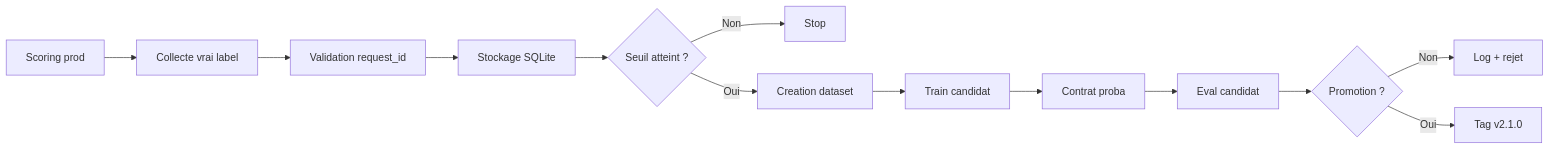
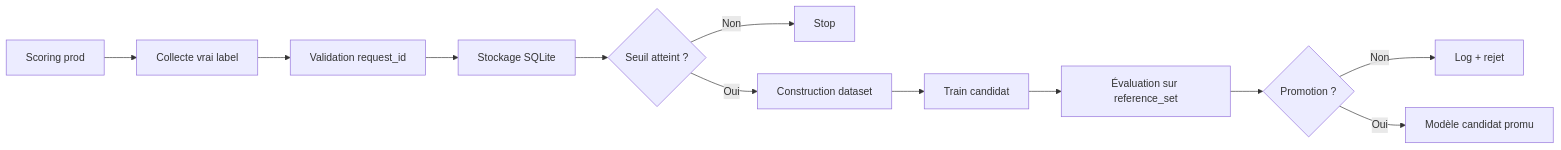
Before and after one commit to joellegermanos-corp/M6-B2-test: the diagram in README.md, drawn with Mermaid. The commit also changed other lines of this file and 51 other files, not shown here.

````diff
--- a/README.md
+++ b/README.md
@@ -56,15 +25,14 @@
 ```mermaid
 flowchart LR
     A[Scoring prod] --> B[Collecte vrai label]
     B --> C[Validation request_id]
     C --> D[Stockage SQLite]
     D --> E{Seuil atteint ?}
     E -- Non --> F[Stop]
-    E -- Oui --> G[Creation dataset]
+    E -- Oui --> G[Construction dataset]
     G --> H[Train candidat]
-    H --> I[Contrat proba]
-    I --> J[Eval candidat]
-    J --> K{Promotion ?}
-    K -- Non --> L[Log + rejet]
-    K -- Oui --> M[Tag v2.1.0]
+    H --> I[Évaluation sur reference_set]
+    I --> J{Promotion ?}
+    J -- Non --> K[Log + rejet]
+    J -- Oui --> L[Modèle candidat promu]
 ```
````
